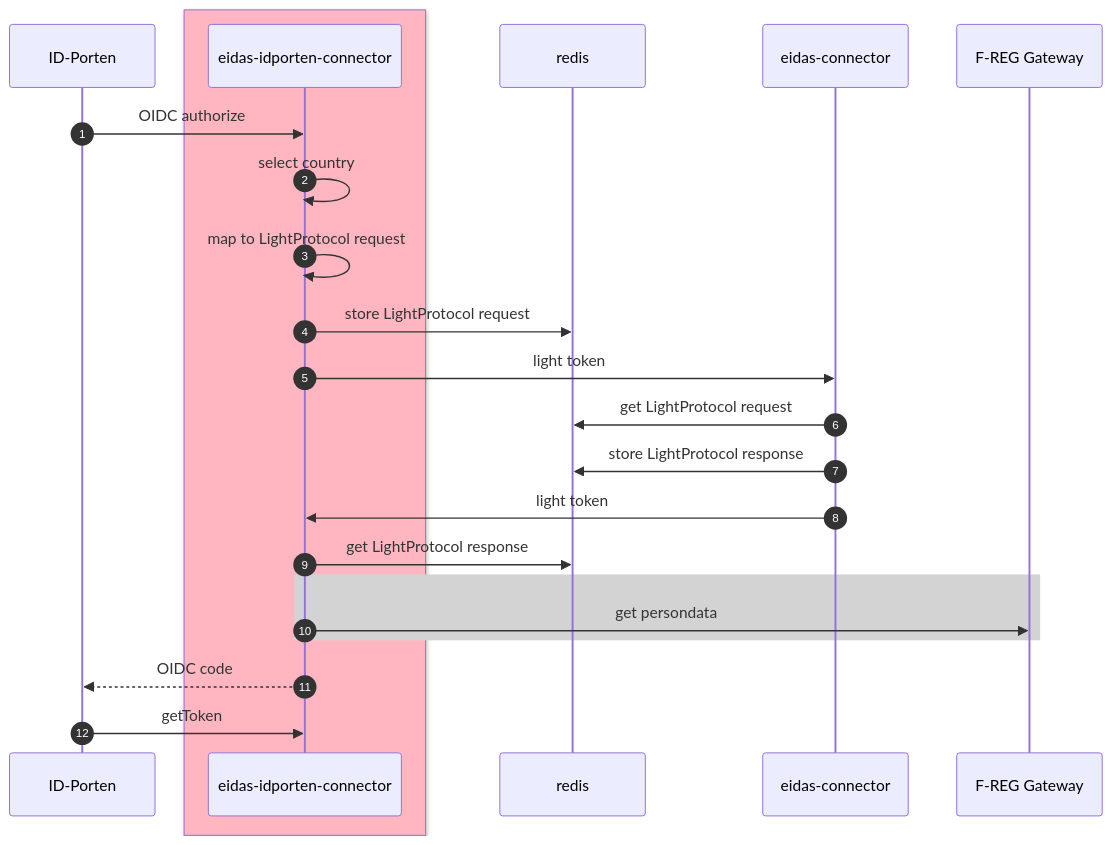
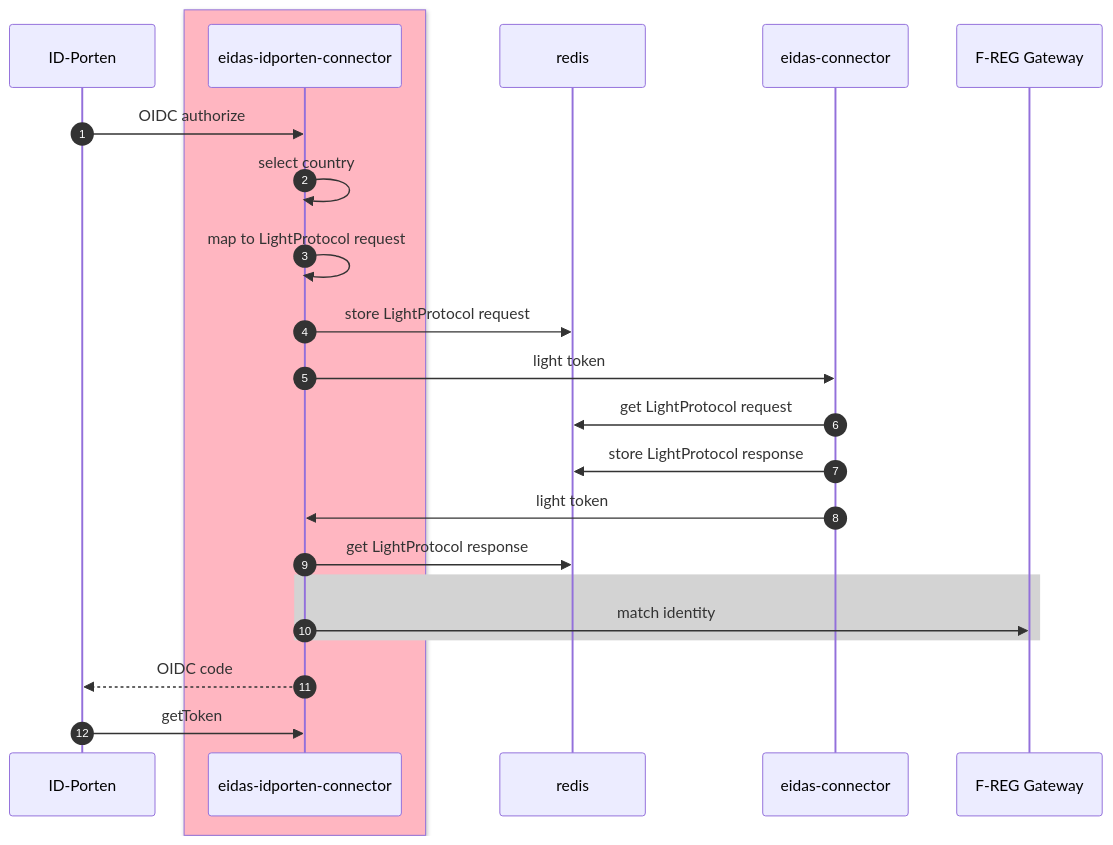
One commit to felleslosninger/eidas-idporten-connector changed the diagram in README.md. Above: the diagram before and after it, drawn with Mermaid.

Commit message:
bedre beskrivelse

````diff
--- a/README.md
+++ b/README.md
@@ -9,28 +9,28 @@
 ```mermaid  
 sequenceDiagram
     autonumber
     participant IL as ID-Porten
     box lightpink 
         participant EIC as eidas-idporten-connector
     end
     participant RED as redis
     participant EC as eidas-connector
     participant FRG as F-REG Gateway
     
     
     IL ->> EIC: OIDC authorize
     EIC ->> EIC: select country
     EIC ->> EIC: map to LightProtocol request
     EIC ->> RED: store LightProtocol request
     EIC ->> EC: light token
     EC ->> RED: get LightProtocol request
     EC ->> RED: store LightProtocol response
     EC ->> EIC: light token
     EIC ->> RED: get LightProtocol response
     rect lightgrey
-        EIC ->> FRG: get persondata
+        EIC ->> FRG: match identity
     end
     EIC -->> IL: OIDC code
     IL ->> EIC: getToken
 
 ```    
````
